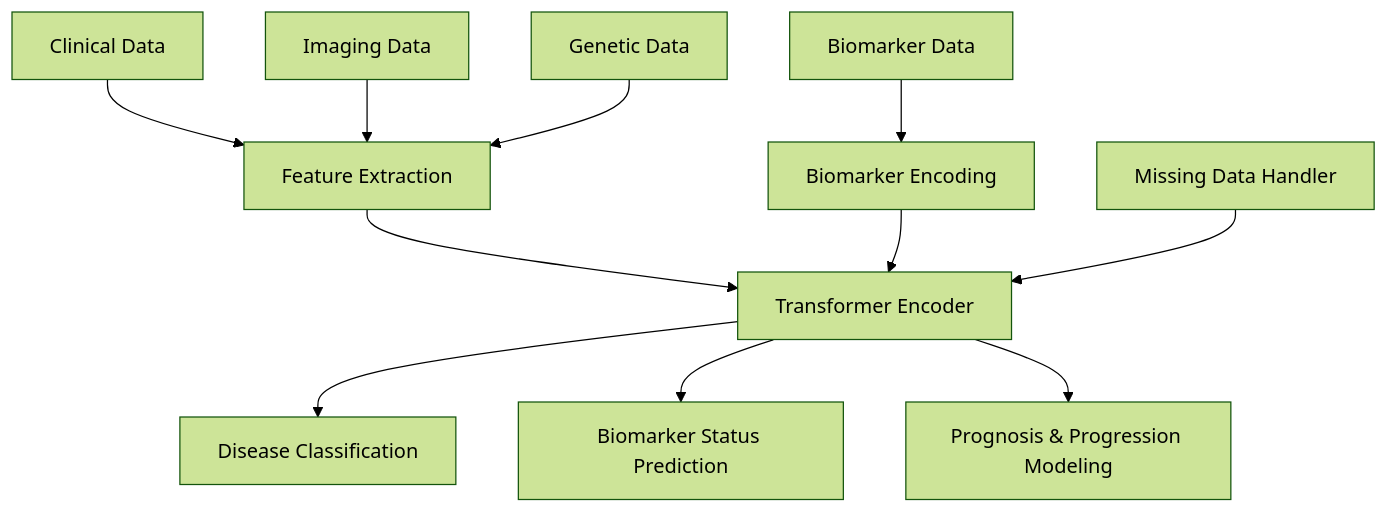
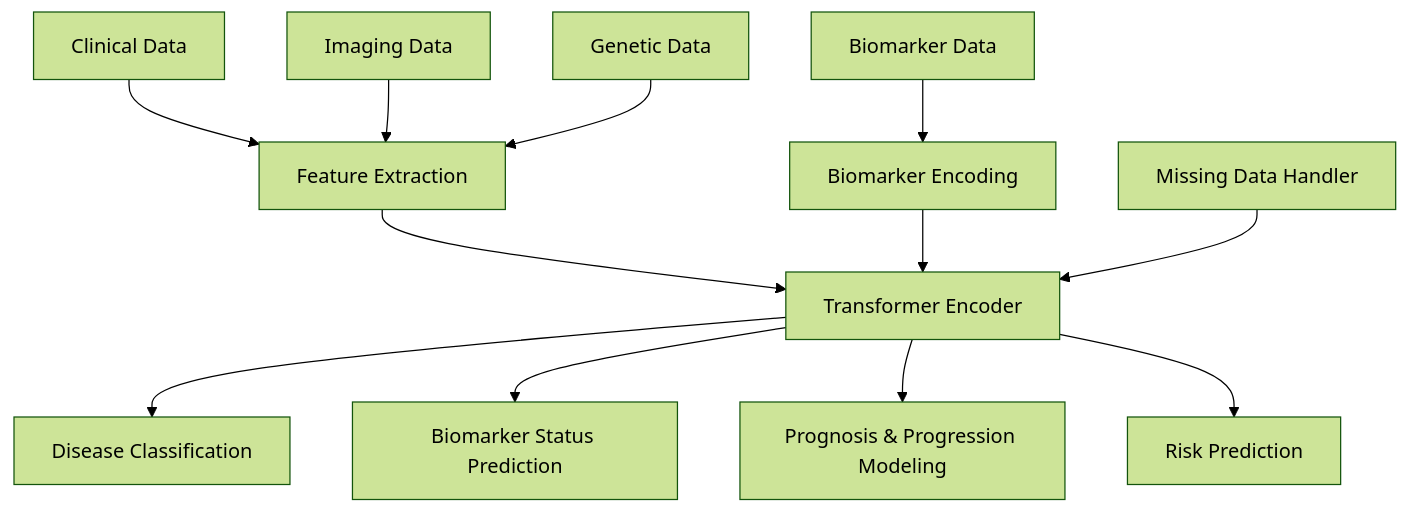
One commit to Fundacion-de-Neurociencias/neurodiagnoses changed the diagram in README.md. Above: the diagram before and after it, drawn with Mermaid (forest theme).

Commit message:
fix(docs): Reintroduce D4 node with simplified label in Mermaid diagram

````diff
--- a/README.md
+++ b/README.md
@@ -28,15 +28,16 @@
 ```mermaid
 graph TD
     A1[Clinical Data] --> B1[Feature Extraction]
     A2[Imaging Data] --> B1
     A3[Biomarker Data] --> B2[Biomarker Encoding]
     A4[Genetic Data] --> B1
 
     B1 --> C1[Transformer Encoder]
     B2 --> C1
     B3[Missing Data Handler] --> C1
 
     C1 --> D1[Disease Classification]
     C1 --> D2[Biomarker Status Prediction]
     C1 --> D3[Prognosis & Progression Modeling]
+    C1 --> D4[Risk Prediction]
 ```
````
